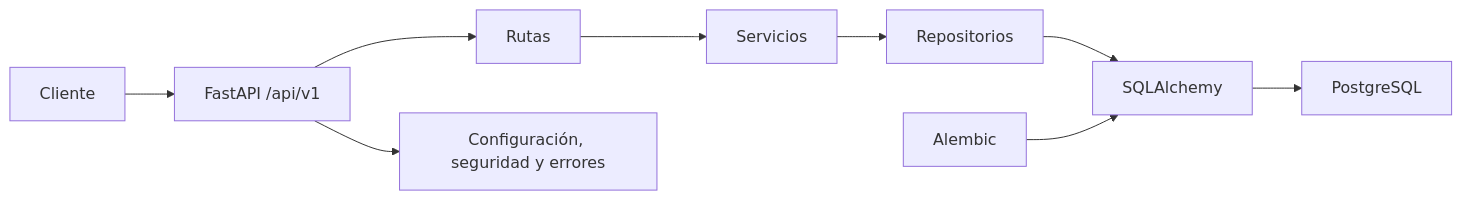
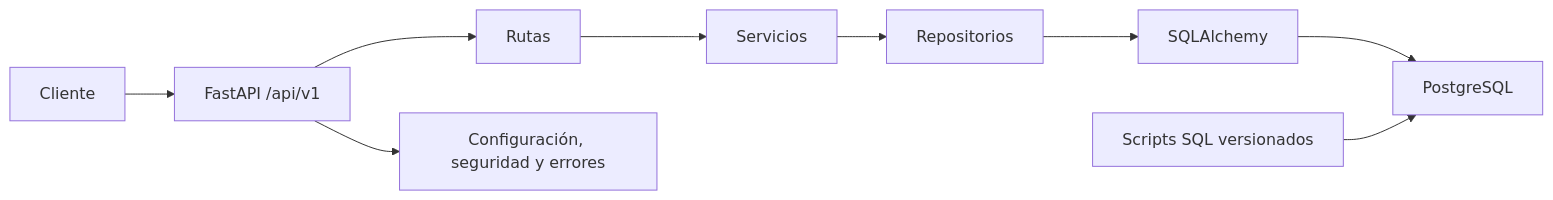
One commit to Fern4ndev/station-jose changed the diagram in backend-station/README.md. Above: the diagram before and after it, drawn with Mermaid. The commit also changed other lines of this file and 7 other files, not shown here.

Commit message:
feat: update project documentation and remove Alembic migration tools; switch to manual SQL schema management

````diff
--- a/backend-station/README.md
+++ b/backend-station/README.md
@@ -57,11 +61,11 @@
 ```mermaid
 flowchart LR
     Cliente --> API["FastAPI /api/v1"]
     API --> Routers["Rutas"]
     Routers --> Services["Servicios"]
     Services --> Repositories["Repositorios"]
     Repositories --> ORM["SQLAlchemy"]
     ORM --> PostgreSQL
     API --> Core["Configuración, seguridad y errores"]
-    Alembic --> ORM
+    DBSetup["Scripts SQL versionados"] --> PostgreSQL
 ```
````
